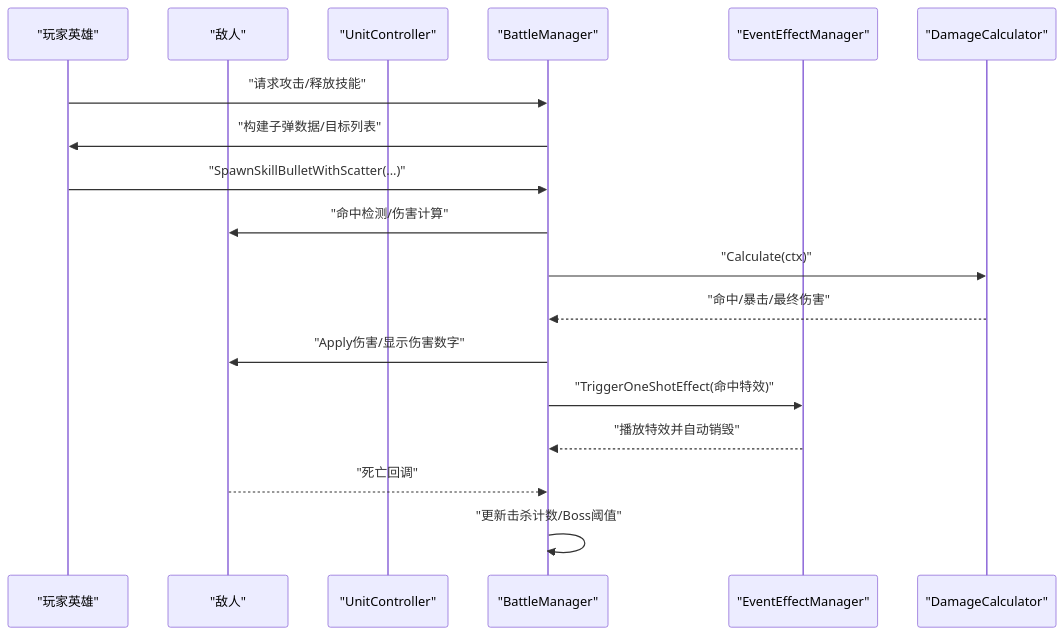
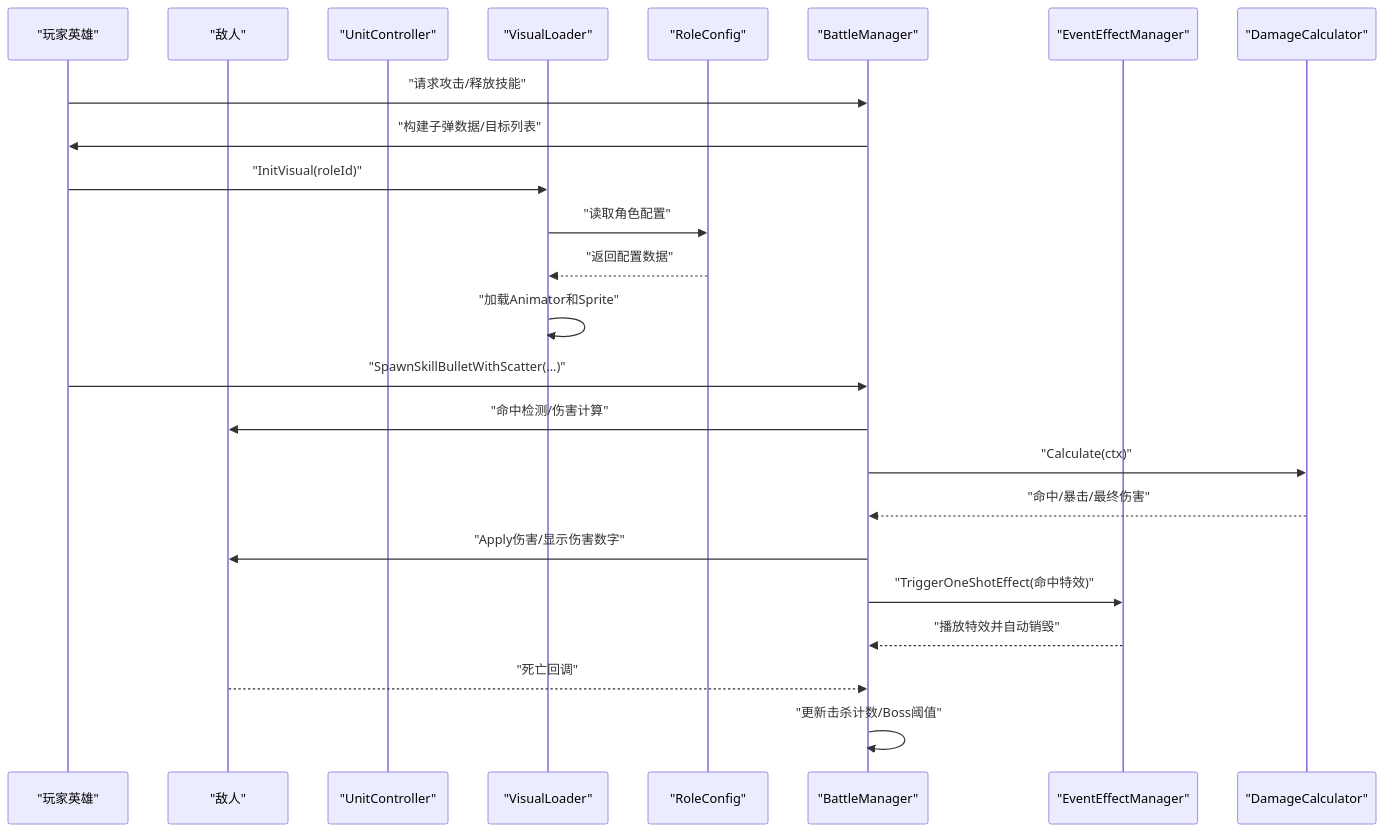
One commit to Tuusen/p1_client changed the second of 11 diagrams in .qoder/repowiki/zh/content/战斗系统/战斗系统.md. Above: the diagram before and after it, drawn with Mermaid. The commit also changed other lines of this file and 5 other files, not shown here.

````diff
--- a/.qoder/repowiki/zh/content/战斗系统/战斗系统.md
+++ b/.qoder/repowiki/zh/content/战斗系统/战斗系统.md
@@ -139,20 +160,26 @@
 ```mermaid
 sequenceDiagram
 participant Player as "玩家英雄"
 participant Enemy as "敌人"
 participant UC as "UnitController"
+participant VL as "VisualLoader"
+participant RC as "RoleConfig"
 participant BM as "BattleManager"
 participant EE as "EventEffectManager"
 participant DC as "DamageCalculator"
 Player->>BM : "请求攻击/释放技能"
 BM->>Player : "构建子弹数据/目标列表"
+Player->>VL : "InitVisual(roleId)"
+VL->>RC : "读取角色配置"
+RC-->>VL : "返回配置数据"
+VL->>VL : "加载Animator和Sprite"
 Player->>BM : "SpawnSkillBulletWithScatter(...)"
 BM->>Enemy : "命中检测/伤害计算"
 BM->>DC : "Calculate(ctx)"
 DC-->>BM : "命中/暴击/最终伤害"
 BM->>Enemy : "Apply伤害/显示伤害数字"
 BM->>EE : "TriggerOneShotEffect(命中特效)"
 EE-->>BM : "播放特效并自动销毁"
 Enemy-->>BM : "死亡回调"
 BM->>BM : "更新击杀计数/Boss阈值"
 ```
````
